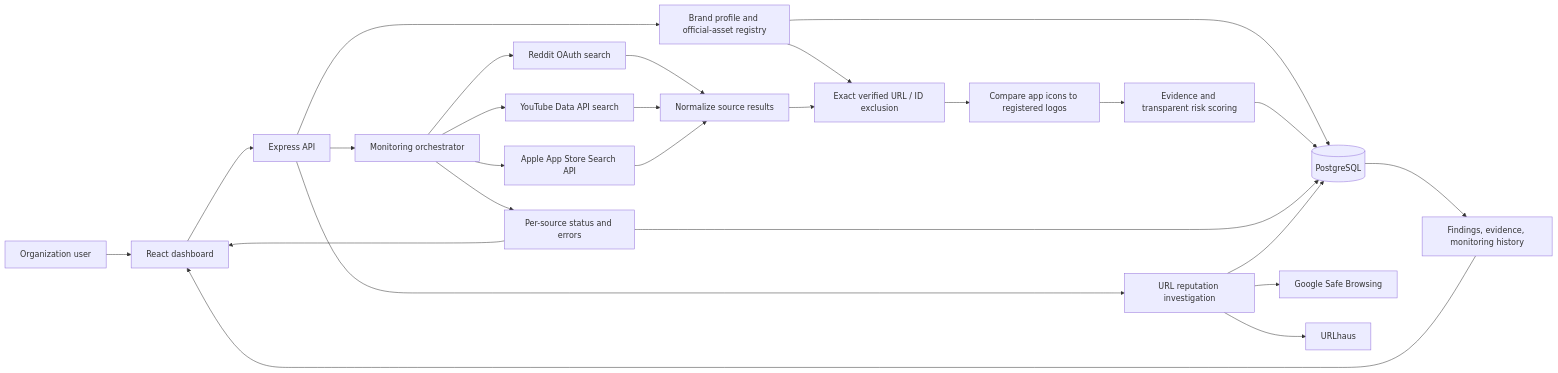
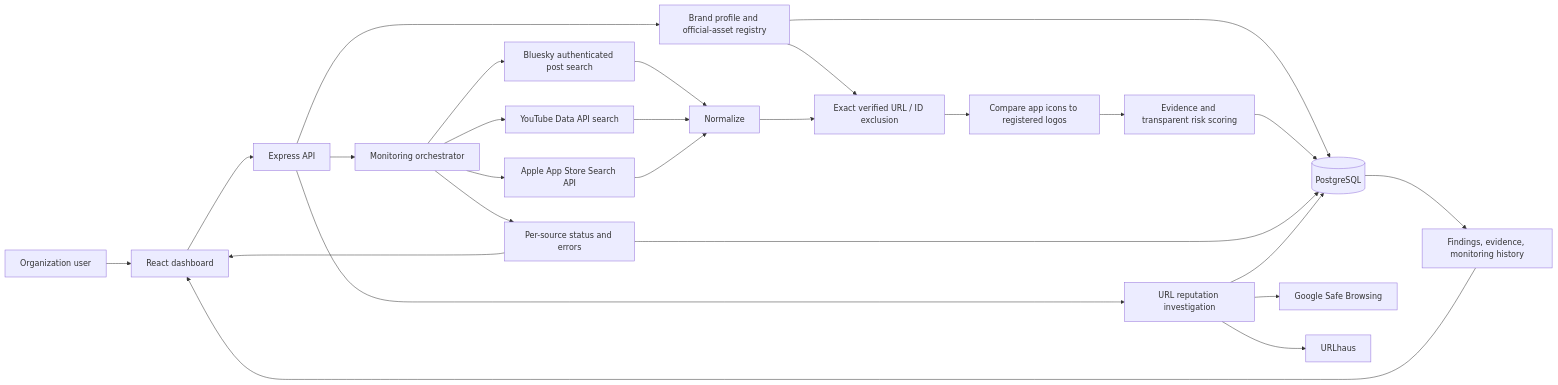
Before and after one commit to pandraladharmakovid-cyber/Find_out: the diagram in docs/architecture.md, drawn with Mermaid. The commit also changed 118 other files, not shown here.

````diff
--- a/docs/architecture.md
+++ b/docs/architecture.md
@@ -3,28 +3,28 @@
 ```mermaid
 flowchart LR
   User[Organization user] --> UI[React dashboard]
   UI --> API[Express API]
   API --> Profile[Brand profile and official-asset registry]
   Profile --> DB[(PostgreSQL)]
   API --> Orchestrator[Monitoring orchestrator]
-  Orchestrator --> Reddit[Reddit OAuth search]
+  Orchestrator --> Bluesky[Bluesky authenticated post search]
   Orchestrator --> YouTube[YouTube Data API search]
   Orchestrator --> Apple[Apple App Store Search API]
-  Reddit --> Normalize[Normalize source results]
+  Bluesky --> Normalize
   YouTube --> Normalize
   Apple --> Normalize
   Profile --> Exclusion[Exact verified URL / ID exclusion]
   Normalize --> Exclusion
   Exclusion --> Logo[Compare app icons to registered logos]
   Logo --> Score[Evidence and transparent risk scoring]
   Score --> DB
   Orchestrator --> Status[Per-source status and errors]
   Status --> DB
   Status --> UI
   DB --> Findings[Findings, evidence, monitoring history]
   Findings --> UI
   API --> Investigate[URL reputation investigation]
   Investigate --> SafeBrowsing[Google Safe Browsing]
   Investigate --> URLhaus[URLhaus]
   Investigate --> DB
 ```
````
